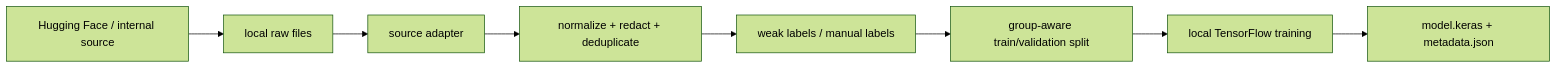
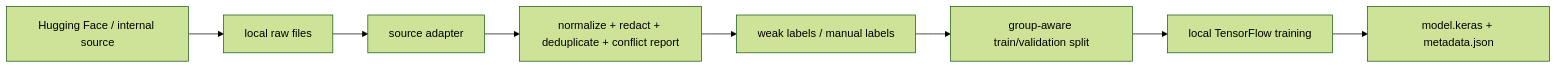
The third of 4 diagrams in docs/DESIGN.md (TheRealMilesLee/PromptClassifier), drawn with Mermaid (forest theme) before and after one commit. The commit also changed other lines of this file and 3 other files, not shown here.

````diff
--- a/docs/DESIGN.md
+++ b/docs/DESIGN.md
@@ -1050,10 +1050,10 @@
 ```mermaid
 flowchart LR
     A["Hugging Face / internal source"] --> B["local raw files"]
     B --> C["source adapter"]
-    C --> D["normalize + redact + deduplicate"]
+    C --> D["normalize + redact + deduplicate + conflict report"]
     D --> E["weak labels / manual labels"]
     E --> F["group-aware train/validation split"]
     F --> G["local TensorFlow training"]
     G --> H["model.keras + metadata.json"]
 ```
````
